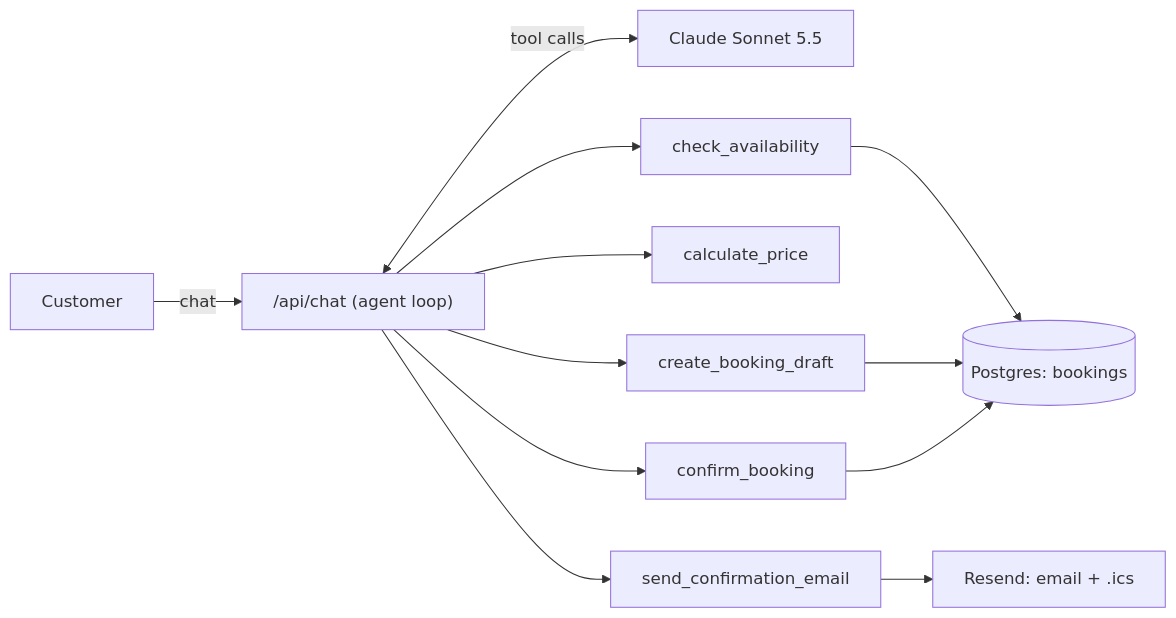
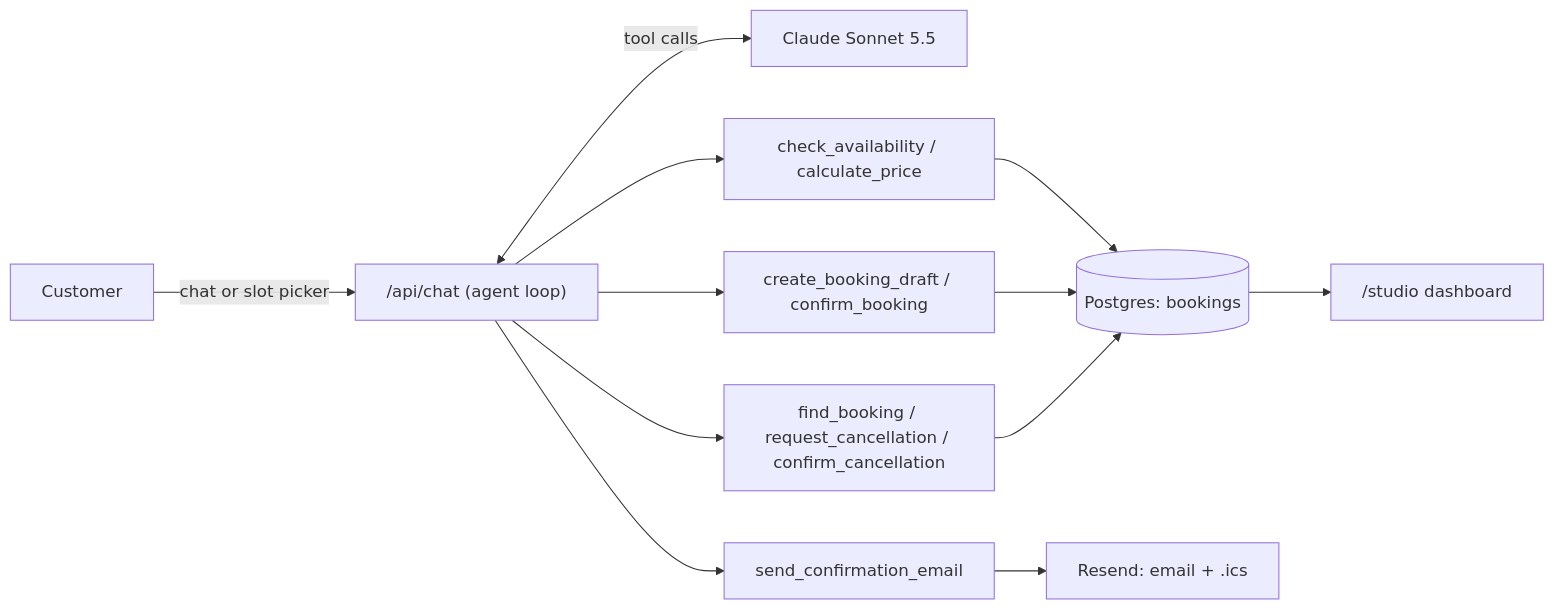
One commit to JackieNonSense/space-booking-agent changed the diagram in README.md. Above: the diagram before and after it, drawn with Mermaid. The commit also changed other lines of this file and 30 other files, not shown here.

First line of the commit message:
Add slot picking, booking changes and cancellations, and a studio view

````diff
--- a/README.md
+++ b/README.md
@@ -32,12 +32,12 @@
 ```mermaid
 flowchart LR
-  U[Customer] -->|chat| API["/api/chat (agent loop)"]
+  U[Customer] -->|chat or slot picker| API["/api/chat (agent loop)"]
   API <-->|tool calls| M[Claude Sonnet 5.5]
-  API --> T1[check_availability]
-  API --> T2[calculate_price]
-  API --> T3[create_booking_draft]
-  API --> T4[confirm_booking]
-  API --> T5[send_confirmation_email]
-  T1 & T3 & T4 --> DB[("Postgres: bookings")]
-  T5 --> R[Resend: email + .ics]
+  API --> T1[check_availability / calculate_price]
+  API --> T2[create_booking_draft / confirm_booking]
+  API --> T3[find_booking / request_cancellation / confirm_cancellation]
+  API --> T4[send_confirmation_email]
+  T1 & T2 & T3 --> DB[("Postgres: bookings")]
+  T4 --> R[Resend: email + .ics]
+  DB --> S["/studio dashboard"]
 ```
````
